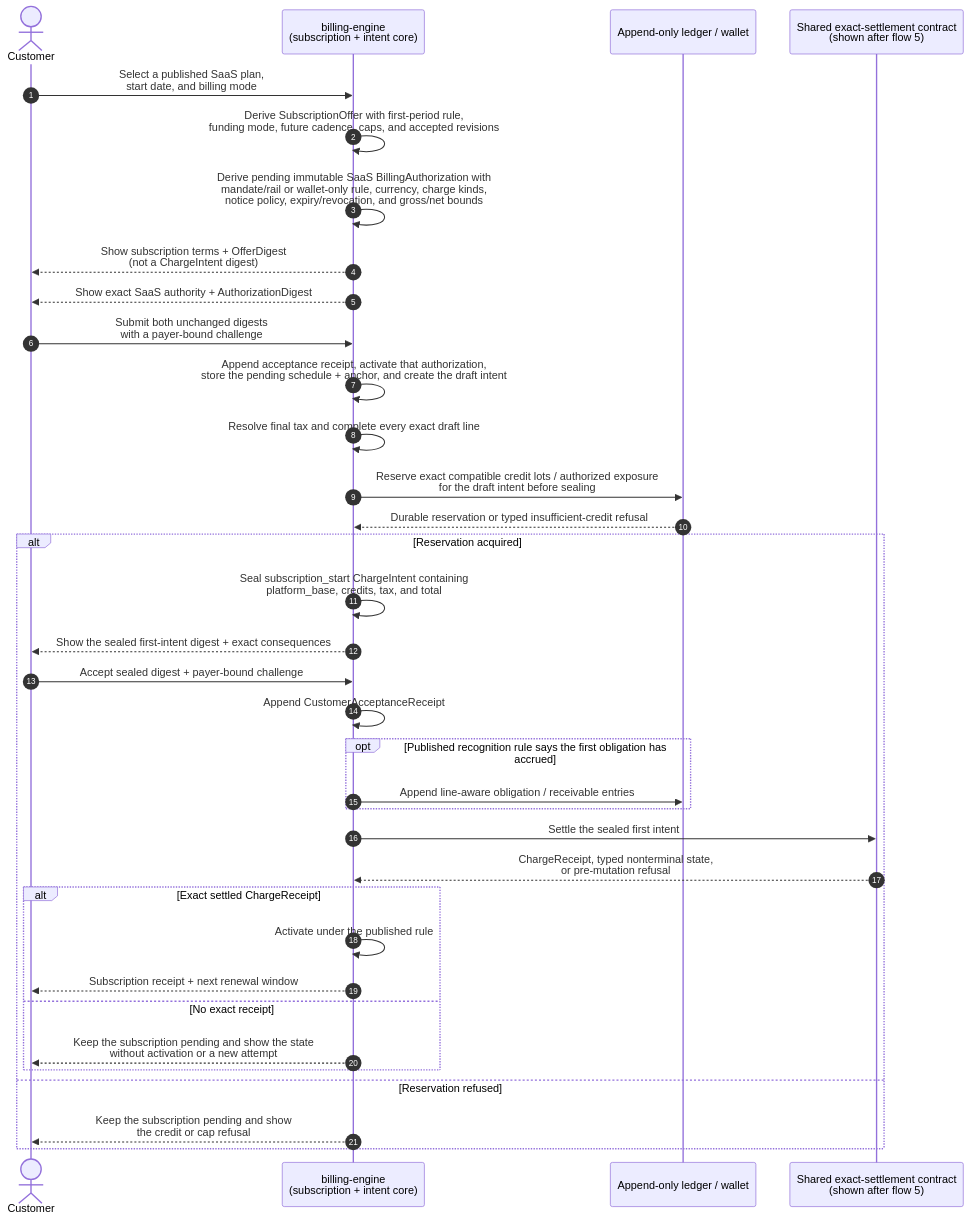
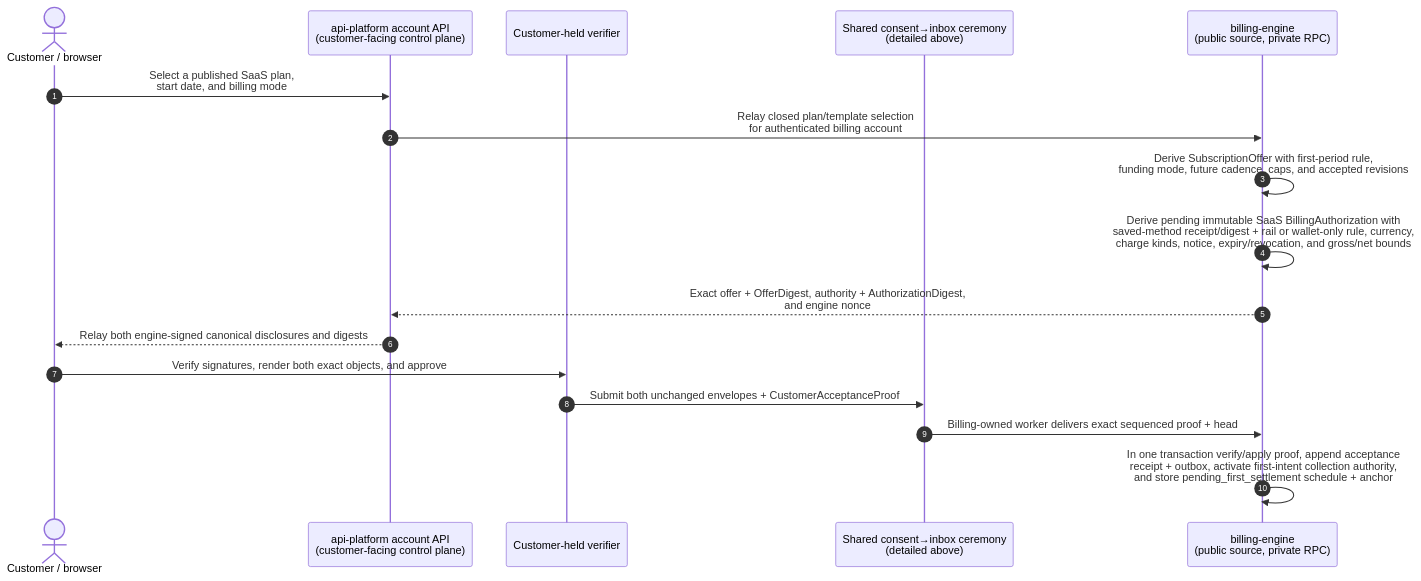
One commit to mirrorstack-ai/billing-engine changed the ninth of 17 diagrams in README.md. Above: the diagram before and after it, drawn with Mermaid. The commit also changed other lines of this file and 8 other files, not shown here.

Commit message:
docs: harden intent-only billing architecture

````diff
--- a/README.md
+++ b/README.md
@@ -251,38 +592,20 @@
 ```mermaid
 sequenceDiagram
     autonumber
-    actor Customer
-    participant Engine as billing-engine<br/>(subscription + intent core)
-    participant Ledger as Append-only ledger / wallet
-    participant Settlement as Shared exact-settlement contract<br/>(shown after flow 5)
+    actor Customer as Customer / browser
+    participant API as api-platform account API<br/>(customer-facing control plane)
+    participant Verifier as Customer-held verifier
+    participant Proof as Shared consent→inbox ceremony<br/>(detailed above)
+    participant Engine as billing-engine<br/>(public source, private RPC)
 
-    Customer->>Engine: Select a published SaaS plan,<br/>start date, and billing mode
+    Customer->>API: Select a published SaaS plan,<br/>start date, and billing mode
+    API->>Engine: Relay closed plan/template selection<br/>for authenticated billing account
     Engine->>Engine: Derive SubscriptionOffer with first-period rule,<br/>funding mode, future cadence, caps, and accepted revisions
-    Engine->>Engine: Derive pending immutable SaaS BillingAuthorization with<br/>mandate/rail or wallet-only rule, currency, charge kinds,<br/>notice policy, expiry/revocation, and gross/net bounds
-    Engine-->>Customer: Show subscription terms + OfferDigest<br/>(not a ChargeIntent digest)
-    Engine-->>Customer: Show exact SaaS authority + AuthorizationDigest
-    Customer->>Engine: Submit both unchanged digests<br/>with a payer-bound challenge
-    Engine->>Engine: Append acceptance receipt, activate that authorization,<br/>store the pending schedule + anchor, and create the draft intent
-    Engine->>Engine: Resolve final tax and complete every exact draft line
-    Engine->>Ledger: Reserve exact compatible credit lots / authorized exposure<br/>for the draft intent before sealing
-    Ledger-->>Engine: Durable reservation or typed insufficient-credit refusal
-    alt Reservation acquired
-        Engine->>Engine: Seal subscription_start ChargeIntent containing<br/>platform_base, credits, tax, and total
-        Engine-->>Customer: Show the sealed first-intent digest + exact consequences
-        Customer->>Engine: Accept sealed digest + payer-bound challenge
-        Engine->>Engine: Append CustomerAcceptanceReceipt
-        opt Published recognition rule says the first obligation has accrued
-            Engine->>Ledger: Append line-aware obligation / receivable entries
-        end
-        Engine->>Settlement: Settle the sealed first intent
-        Settlement-->>Engine: ChargeReceipt, typed nonterminal state,<br/>or pre-mutation refusal
-        alt Exact settled ChargeReceipt
-            Engine->>Engine: Activate under the published rule
-            Engine-->>Customer: Subscription receipt + next renewal window
-        else No exact receipt
-            Engine-->>Customer: Keep the subscription pending and show the state<br/>without activation or a new attempt
-        end
-    else Reservation refused
-        Engine-->>Customer: Keep the subscription pending and show<br/>the credit or cap refusal
-    end
+    Engine->>Engine: Derive pending immutable SaaS BillingAuthorization with<br/>saved-method receipt/digest + rail or wallet-only rule, currency,<br/>charge kinds, notice, expiry/revocation, and gross/net bounds
+    Engine-->>API: Exact offer + OfferDigest, authority + AuthorizationDigest,<br/>and engine nonce
+    API-->>Customer: Relay both engine-signed canonical disclosures and digests
+    Customer->>Verifier: Verify signatures, render both exact objects, and approve
+    Verifier->>Proof: Submit both unchanged envelopes + CustomerAcceptanceProof
+    Proof->>Engine: Billing-owned worker delivers exact sequenced proof + head
+    Engine->>Engine: In one transaction verify/apply proof, append acceptance<br/>receipt + outbox, activate first-intent collection authority,<br/>and store pending_first_settlement schedule + anchor
 ```
````
